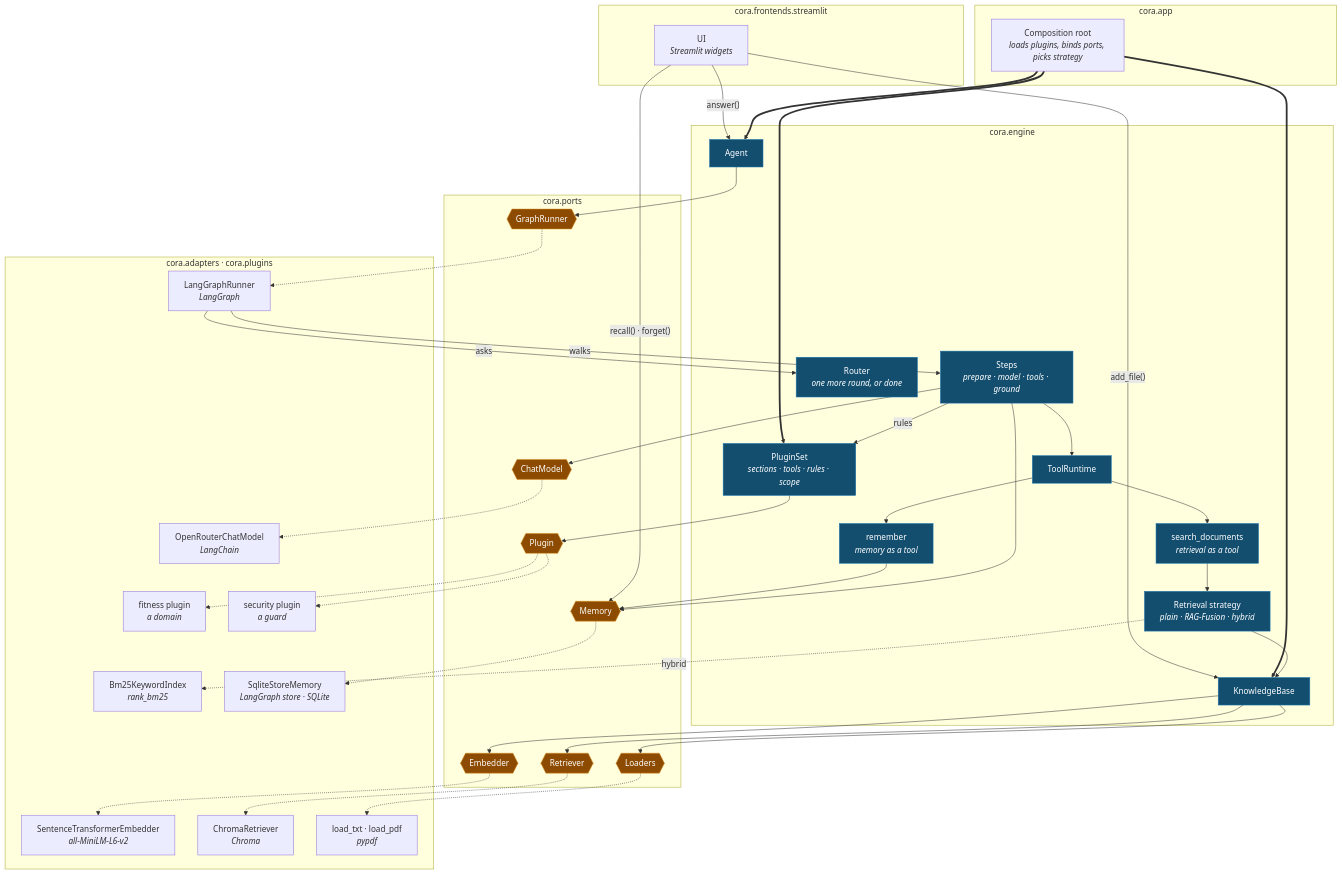
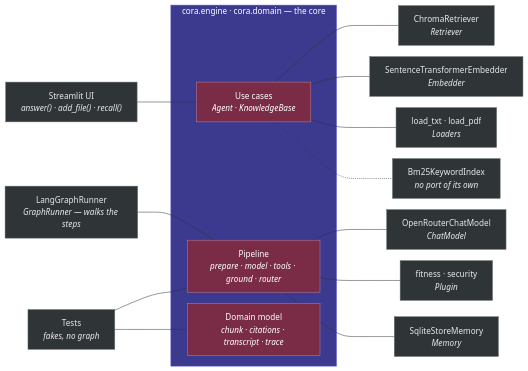
Before and after one commit to aschog/cora: the first of 2 diagrams in docs/big-picture.md, drawn with Mermaid. The commit also changed other lines of this file, not shown here.

Commit message:
docs: redraw the map as ports and adapters, and catch big-picture up

````diff
--- a/docs/big-picture.md
+++ b/docs/big-picture.md
@@ -10,82 +10,39 @@
 ```mermaid
-%%{init: {"flowchart": {"nodeSpacing": 45, "rankSpacing": 55, "curve": "basis"}}}%%
-flowchart TB
-  subgraph shell["cora.frontends.streamlit"]
-    ui["UI<br/><i>Streamlit widgets</i>"]
+%%{init: {"flowchart": {"nodeSpacing": 22, "rankSpacing": 65, "curve": "basis"}}}%%
+flowchart LR
+  ui["Streamlit UI<br/><i>answer() · add_file() · recall()</i>"]
+  lg["LangGraphRunner<br/><i>GraphRunner — walks the steps</i>"]
+  tests["Tests<br/><i>fakes, no graph</i>"]
+
+  subgraph core["cora.engine · cora.domain — the core"]
+    uc["Use cases<br/><i>Agent · KnowledgeBase</i>"]
+    pipe["Pipeline<br/><i>prepare · model · tools · ground · router</i>"]
+    dm["Domain model<br/><i>chunk · citations · transcript · trace</i>"]
   end
 
-  subgraph wiring["cora.app"]
-    root["Composition root<br/><i>loads plugins, binds ports, picks strategy</i>"]
-  end
+  orc["OpenRouterChatModel<br/><i>ChatModel</i>"]
+  plug["fitness · security<br/><i>Plugin</i>"]
+  store["SqliteStoreMemory<br/><i>Memory</i>"]
+  chroma["ChromaRetriever<br/><i>Retriever</i>"]
+  ste["SentenceTransformerEmbedder<br/><i>Embedder</i>"]
+  loaders["load_txt · load_pdf<br/><i>Loaders</i>"]
+  bm25["Bm25KeywordIndex<br/><i>no port of its own</i>"]
 
-  subgraph core["cora.engine"]
-    agent["Agent"]
-    steps["Steps<br/><i>prepare · model · tools · ground</i>"]
-    router["Router<br/><i>one more round, or done</i>"]
-    pset["PluginSet<br/><i>sections · tools · rules · scope</i>"]
-    rt["ToolRuntime"]
-    search["search_documents<br/><i>retrieval as a tool</i>"]
-    remember["remember<br/><i>memory as a tool</i>"]
-    retr["Retrieval strategy<br/><i>plain · RAG-Fusion · hybrid</i>"]
-    kb["KnowledgeBase"]
-  end
+  ui --- uc
+  lg --- pipe
+  tests --- pipe
+  tests --- dm
+  pipe --- orc
+  pipe --- plug
+  pipe --- store
+  uc --- chroma
+  uc --- ste
+  uc --- loaders
+  uc -.- bm25
 
-  subgraph seam["cora.ports"]
-    gr{{"GraphRunner"}}
-    cm{{"ChatModel"}}
-    emb{{"Embedder"}}
-    ret{{"Retriever"}}
-    load{{"Loaders"}}
-    mem{{"Memory"}}
-    plug{{"Plugin"}}
-  end
-
-  subgraph infra["cora.adapters · cora.plugins"]
-    lg["LangGraphRunner<br/><i>LangGraph</i>"]
-    orc["OpenRouterChatModel<br/><i>LangChain</i>"]
-    ste["SentenceTransformerEmbedder<br/><i>all-MiniLM-L6-v2</i>"]
-    chroma["ChromaRetriever<br/><i>Chroma</i>"]
-    bm25["Bm25KeywordIndex<br/><i>rank_bm25</i>"]
-    load_reg["load_txt · load_pdf<br/><i>pypdf</i>"]
-    store["SqliteStoreMemory<br/><i>LangGraph store · SQLite</i>"]
-    fit["fitness plugin<br/><i>a domain</i>"]
-    sec["security plugin<br/><i>a guard</i>"]
-  end
-
-  ui -->|"answer()"| agent
-  ui -->|"add_file()"| kb
-  ui -->|"recall() · forget()"| mem
-  root ==> agent
-  root ==> kb
-  root ==> pset
-  pset --> plug
-  agent --> gr
-  lg -->|"walks"| steps
-  lg -->|"asks"| router
-  steps --> cm
-  steps -->|"rules"| pset
-  steps --> rt
-  rt --> search
-  rt --> remember
-  remember --> mem
-  steps --> mem
-  search --> retr
-  retr --> kb
-  kb --> emb
-  kb --> ret
-  kb --> load
-  retr -.->|"hybrid"| bm25
-  gr -.-> lg
-  cm -.-> orc
-  emb -.-> ste
-  ret -.-> chroma
-  load -.-> load_reg
-  mem -.-> store
-  plug -.-> fit
-  plug -.-> sec
-
-  classDef port fill:#8c4b00,stroke:#d98a1f,color:#fff;
-  classDef logic fill:#134e6f,stroke:#1f78b4,color:#fff;
-  class gr,cm,emb,ret,load,mem,plug port;
-  class agent,steps,router,pset,rt,search,remember,retr,kb logic;
+  classDef outside fill:#2f3436,stroke:#6b7376,color:#e8eaea;
+  classDef inner fill:#7a2b45,stroke:#c07f96,color:#fff;
+  class ui,lg,tests,orc,plug,store,chroma,ste,loaders,bm25 outside;
+  class uc,pipe,dm inner;
+  style core fill:#3b3a8f,stroke:#6c6ad6,color:#fff;
 ```
````
